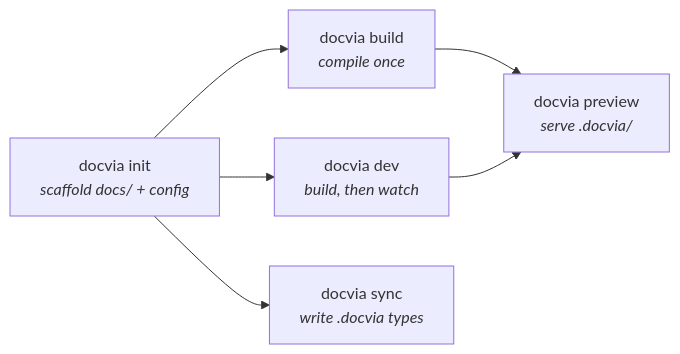
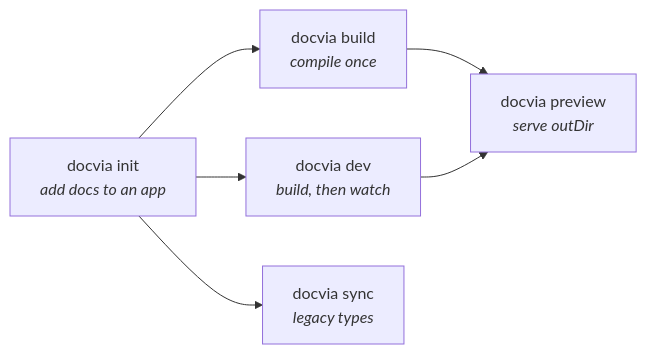
Before and after one commit to kanakkholwal/docvia: the diagram in apps/web/src/docs/guide/cli.md, drawn with Mermaid. The commit also changed other lines of this file and 164 other files, not shown here.

````diff
--- a/apps/web/src/docs/guide/cli.md
+++ b/apps/web/src/docs/guide/cli.md
@@ -18,9 +22,9 @@
 ```mermaid
 %% title: The five commands
 flowchart LR
-  I["docvia init<br/><i>scaffold docs/ + config</i>"] --> B["docvia build<br/><i>compile once</i>"]
+  I["docvia init<br/><i>add docs to an app</i>"] --> B["docvia build<br/><i>compile once</i>"]
   I --> D["docvia dev<br/><i>build, then watch</i>"]
-  I --> S["docvia sync<br/><i>write .docvia types</i>"]
-  B --> P["docvia preview<br/><i>serve .docvia/</i>"]
+  I --> S["docvia sync<br/><i>legacy types</i>"]
+  B --> P["docvia preview<br/><i>serve outDir</i>"]
   D --> P
 ```
````
